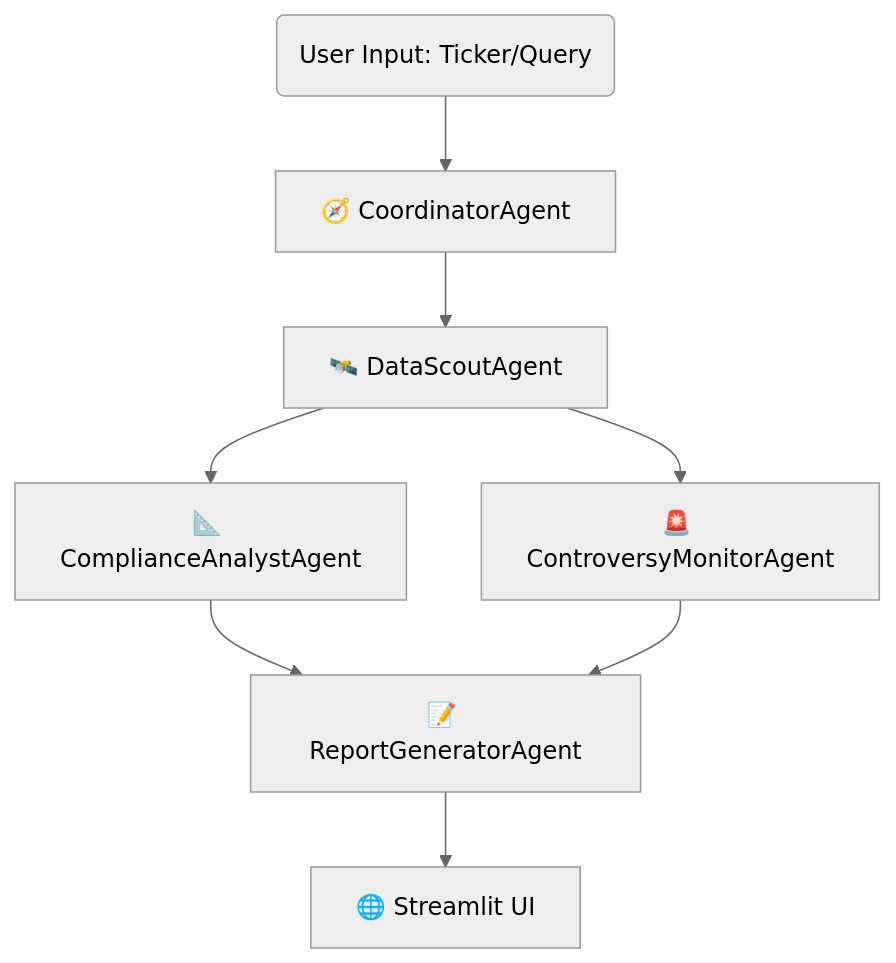
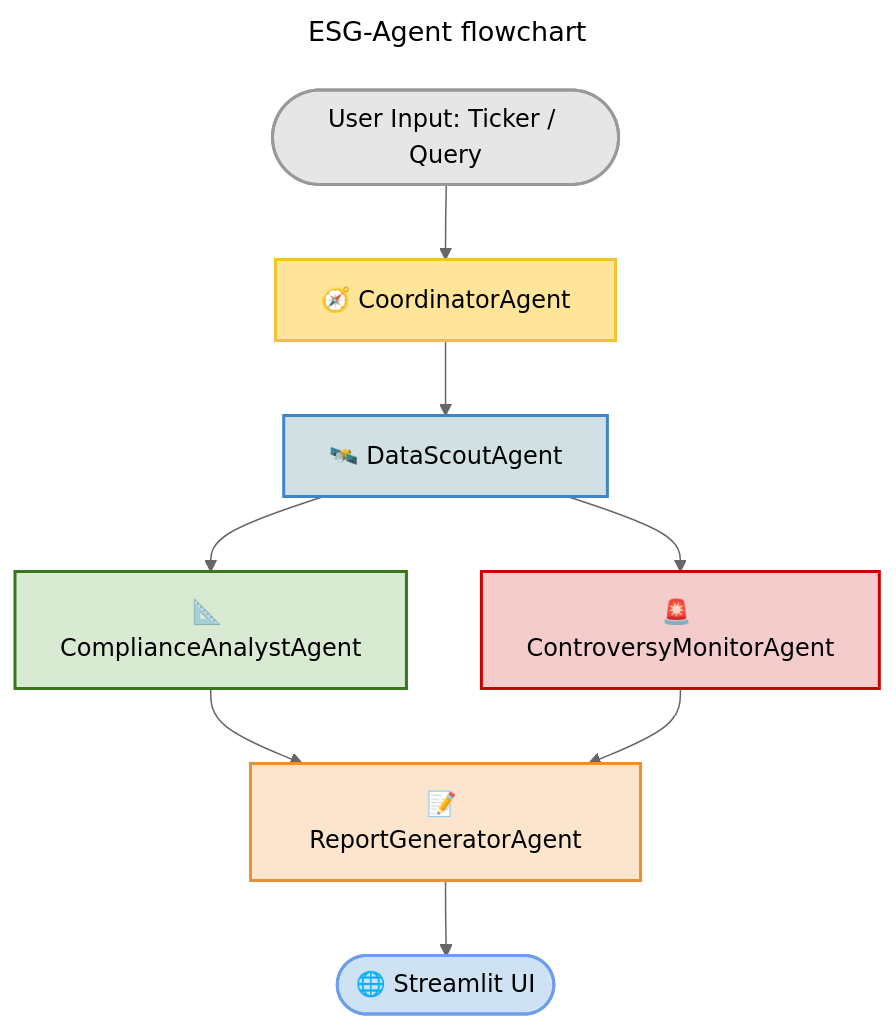
Before and after one commit to T0mLam/clifton-coders: the diagram in README.md, drawn with Mermaid (neutral theme).

`````diff
--- a/README.md
+++ b/README.md
@@ -25,10 +25,32 @@
 ```mermaid
+---
+title: ESG-Agent flowchart
+---
+
 graph TD
-    A(User Input: Ticker/Query) --> B[🧭 CoordinatorAgent]
+    A(["User Input: Ticker / Query"]) --> B[🧭 CoordinatorAgent]
     B --> C[🛰️ DataScoutAgent]
     C --> D[📐 ComplianceAnalystAgent]
-    C --> G[🚨 ControversyMonitorAgent]
-    D --> E[📝 ReportGeneratorAgent]
-    G --> E
-    E --> F[🌐 Streamlit UI]
-````
+    C --> E[🚨 ControversyMonitorAgent]
+    D --> F[📝 ReportGeneratorAgent]
+    E --> F
+    F --> G(["🌐 Streamlit UI"])
+
+    %% Assign classes
+    class A input;
+    class B coordinator;
+    class C scout;
+    class D analyst;
+    class E controversy;
+    class F report;
+    class G ui;
+
+    %% Define styles
+    classDef input fill:#E6E6E6,stroke:#999,stroke-width:2px;
+    classDef coordinator fill:#FFE599,stroke:#F1C232,stroke-width:2px;
+    classDef scout fill:#D0E0E3,stroke:#3D85C6,stroke-width:2px;
+    classDef analyst fill:#D9EAD3,stroke:#38761D,stroke-width:2px;
+    classDef controversy fill:#F4CCCC,stroke:#CC0000,stroke-width:2px;
+    classDef report fill:#FCE5CD,stroke:#E69138,stroke-width:2px;
+    classDef ui fill:#CFE2F3,stroke:#6D9EEB,stroke-width:2px;
+```
`````
